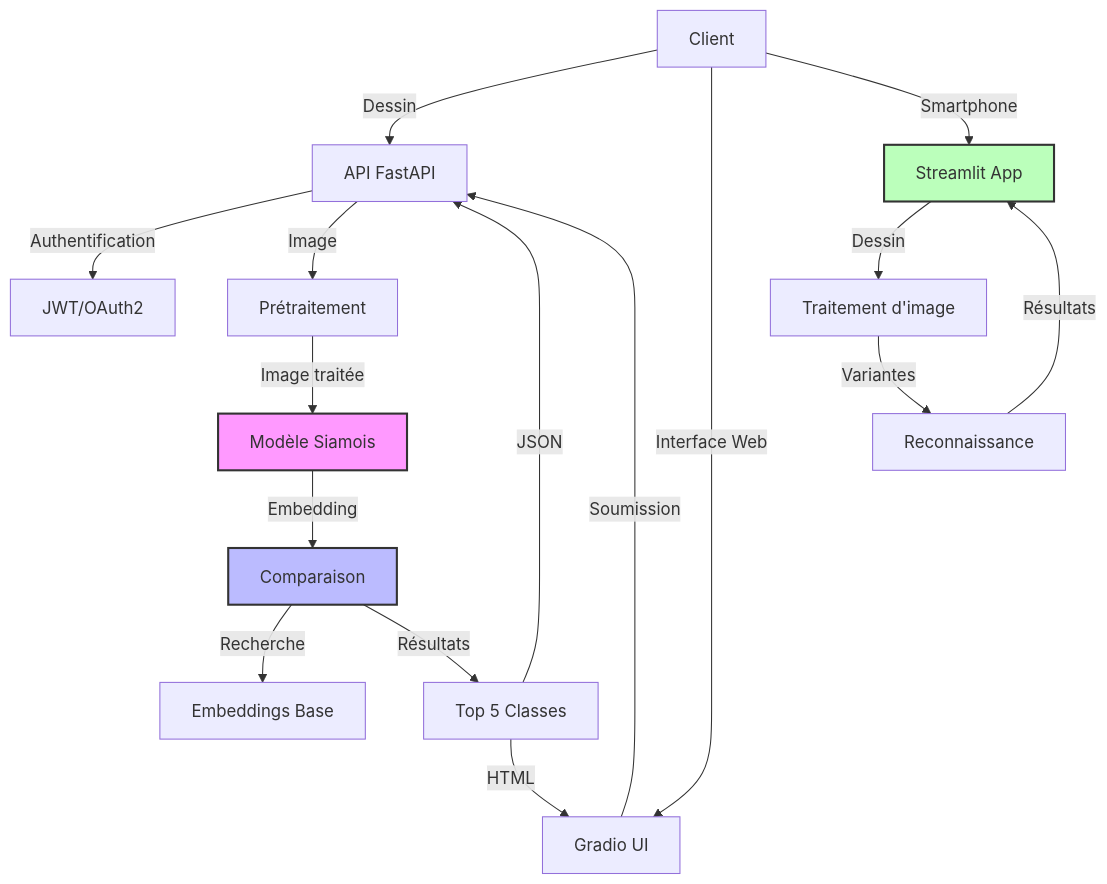
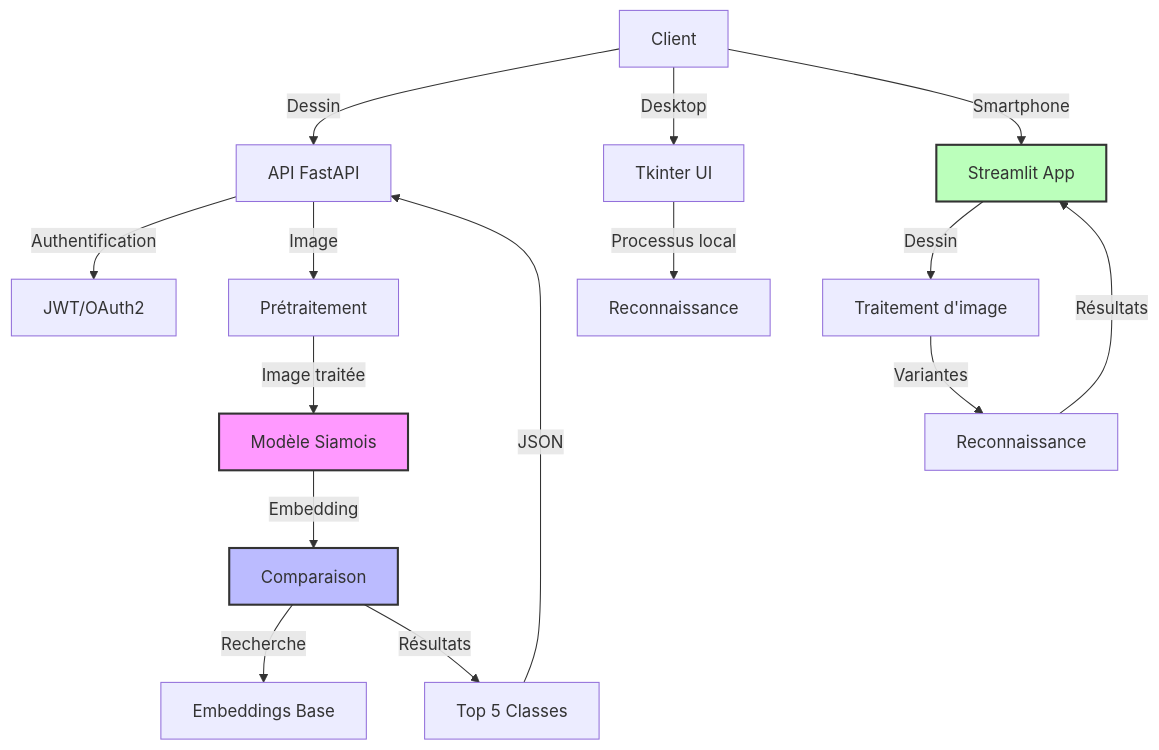
Before and after one commit to AntoineMLD/certification_DevIA: the first of 4 diagrams in E3_MettreDispositionIA/README.md, drawn with Mermaid. The commit also changed other lines of this file, not shown here.

````diff
--- a/E3_MettreDispositionIA/README.md
+++ b/E3_MettreDispositionIA/README.md
@@ -18,22 +18,21 @@
 ```mermaid
 graph TD
     A[Client] -->|Dessin| B[API FastAPI]
-    A -->|Interface Web| C[Gradio UI]
-    C -->|Soumission| B
+    A -->|Desktop| C[Tkinter UI]
     A -->|Smartphone| S[Streamlit App]
     S -->|Dessin| T[Traitement d'image]
     T -->|Variantes| V[Reconnaissance]
     B -->|Authentification| D[JWT/OAuth2]
     B -->|Image| E[Prétraitement]
     E -->|Image traitée| F[Modèle Siamois]
     F -->|Embedding| G[Comparaison]
     G -->|Recherche| H[Embeddings Base]
     G -->|Résultats| I[Top 5 Classes]
     I -->|JSON| B
-    I -->|HTML| C
+    C -->|Processus local| J[Reconnaissance]
     V -->|Résultats| S
     
     style F fill:#f9f,stroke:#333,stroke-width:2px
     style G fill:#bbf,stroke:#333,stroke-width:2px
     style S fill:#bfb,stroke:#333,stroke-width:2px
 ```
````
